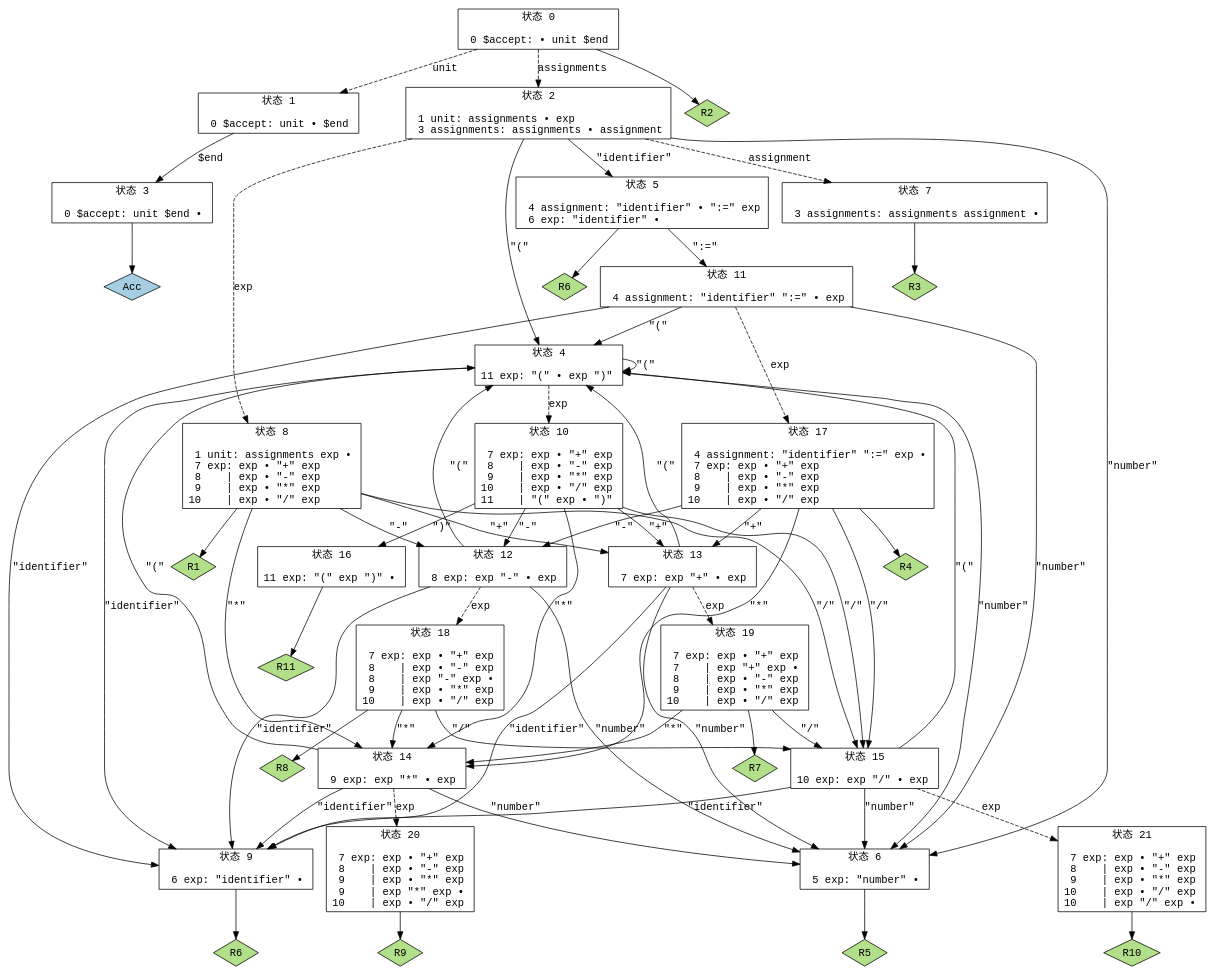
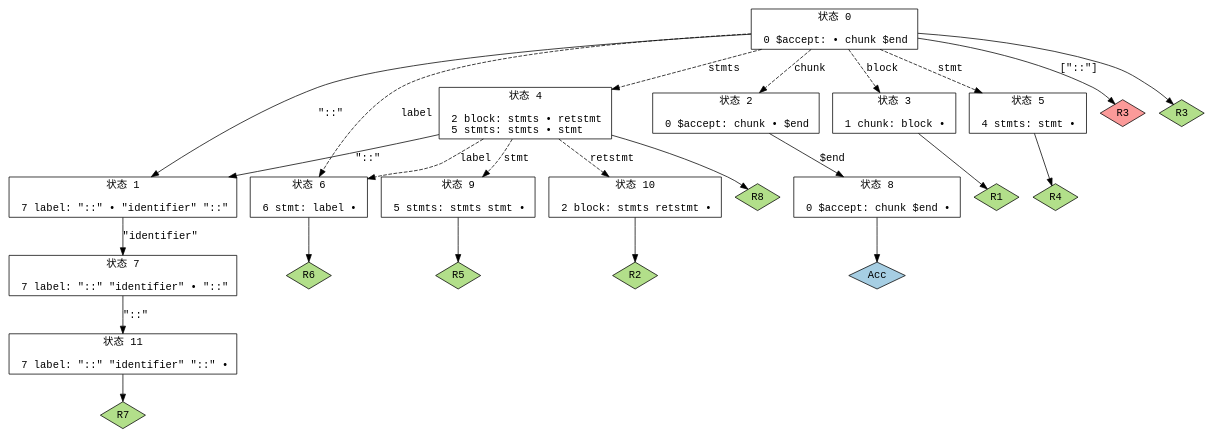
The diagram in src/bison/parser.gv (esrrhs/fakelua), drawn with Graphviz before and after one commit. The commit also changed 16 other files, not shown here.

```diff
--- a/src/bison/parser.gv
+++ b/src/bison/parser.gv
@@ -1,108 +1,55 @@
 // 由 GNU Bison 3.8 生成。
 // 向 <bug-bison@gnu.org> 报告问题。
 // 主页：<https://www.gnu.org/software/bison/>。
 
 digraph "parser.y"
 {
   node [fontname = courier, shape = box, colorscheme = paired6]
   edge [fontname = courier]
 
-  0 [label="状态 0\n\l  0 $accept: • unit $end\l"]
-  0 -> 1 [style=dashed label="unit"]
-  0 -> 2 [style=dashed label="assignments"]
-  0 -> "0R2" [style=solid]
- "0R2" [label="R2", fillcolor=3, shape=diamond, style=filled]
-  1 [label="状态 1\n\l  0 $accept: unit • $end\l"]
-  1 -> 3 [style=solid label="$end"]
-  2 [label="状态 2\n\l  1 unit: assignments • exp\l  3 assignments: assignments • assignment\l"]
-  2 -> 4 [style=solid label="\"(\""]
-  2 -> 5 [style=solid label="\"identifier\""]
-  2 -> 6 [style=solid label="\"number\""]
-  2 -> 7 [style=dashed label="assignment"]
-  2 -> 8 [style=dashed label="exp"]
-  3 [label="状态 3\n\l  0 $accept: unit $end •\l"]
-  3 -> "3R0" [style=solid]
- "3R0" [label="Acc", fillcolor=1, shape=diamond, style=filled]
-  4 [label="状态 4\n\l 11 exp: \"(\" • exp \")\"\l"]
-  4 -> 4 [style=solid label="\"(\""]
-  4 -> 9 [style=solid label="\"identifier\""]
-  4 -> 6 [style=solid label="\"number\""]
-  4 -> 10 [style=dashed label="exp"]
-  5 [label="状态 5\n\l  4 assignment: \"identifier\" • \":=\" exp\l  6 exp: \"identifier\" •\l"]
-  5 -> 11 [style=solid label="\":=\""]
-  5 -> "5R6" [style=solid]
- "5R6" [label="R6", fillcolor=3, shape=diamond, style=filled]
-  6 [label="状态 6\n\l  5 exp: \"number\" •\l"]
-  6 -> "6R5" [style=solid]
- "6R5" [label="R5", fillcolor=3, shape=diamond, style=filled]
-  7 [label="状态 7\n\l  3 assignments: assignments assignment •\l"]
-  7 -> "7R3" [style=solid]
- "7R3" [label="R3", fillcolor=3, shape=diamond, style=filled]
-  8 [label="状态 8\n\l  1 unit: assignments exp •\l  7 exp: exp • \"+\" exp\l  8    | exp • \"-\" exp\l  9    | exp • \"*\" exp\l 10    | exp • \"/\" exp\l"]
-  8 -> 12 [style=solid label="\"-\""]
-  8 -> 13 [style=solid label="\"+\""]
-  8 -> 14 [style=solid label="\"*\""]
-  8 -> 15 [style=solid label="\"/\""]
-  8 -> "8R1" [style=solid]
- "8R1" [label="R1", fillcolor=3, shape=diamond, style=filled]
-  9 [label="状态 9\n\l  6 exp: \"identifier\" •\l"]
-  9 -> "9R6" [style=solid]
- "9R6" [label="R6", fillcolor=3, shape=diamond, style=filled]
-  10 [label="状态 10\n\l  7 exp: exp • \"+\" exp\l  8    | exp • \"-\" exp\l  9    | exp • \"*\" exp\l 10    | exp • \"/\" exp\l 11    | \"(\" exp • \")\"\l"]
-  10 -> 12 [style=solid label="\"-\""]
-  10 -> 13 [style=solid label="\"+\""]
-  10 -> 14 [style=solid label="\"*\""]
-  10 -> 15 [style=solid label="\"/\""]
-  10 -> 16 [style=solid label="\")\""]
-  11 [label="状态 11\n\l  4 assignment: \"identifier\" \":=\" • exp\l"]
-  11 -> 4 [style=solid label="\"(\""]
-  11 -> 9 [style=solid label="\"identifier\""]
-  11 -> 6 [style=solid label="\"number\""]
-  11 -> 17 [style=dashed label="exp"]
-  12 [label="状态 12\n\l  8 exp: exp \"-\" • exp\l"]
-  12 -> 4 [style=solid label="\"(\""]
-  12 -> 9 [style=solid label="\"identifier\""]
-  12 -> 6 [style=solid label="\"number\""]
-  12 -> 18 [style=dashed label="exp"]
-  13 [label="状态 13\n\l  7 exp: exp \"+\" • exp\l"]
-  13 -> 4 [style=solid label="\"(\""]
-  13 -> 9 [style=solid label="\"identifier\""]
-  13 -> 6 [style=solid label="\"number\""]
-  13 -> 19 [style=dashed label="exp"]
-  14 [label="状态 14\n\l  9 exp: exp \"*\" • exp\l"]
-  14 -> 4 [style=solid label="\"(\""]
-  14 -> 9 [style=solid label="\"identifier\""]
-  14 -> 6 [style=solid label="\"number\""]
-  14 -> 20 [style=dashed label="exp"]
-  15 [label="状态 15\n\l 10 exp: exp \"/\" • exp\l"]
-  15 -> 4 [style=solid label="\"(\""]
-  15 -> 9 [style=solid label="\"identifier\""]
-  15 -> 6 [style=solid label="\"number\""]
-  15 -> 21 [style=dashed label="exp"]
-  16 [label="状态 16\n\l 11 exp: \"(\" exp \")\" •\l"]
-  16 -> "16R11" [style=solid]
- "16R11" [label="R11", fillcolor=3, shape=diamond, style=filled]
-  17 [label="状态 17\n\l  4 assignment: \"identifier\" \":=\" exp •\l  7 exp: exp • \"+\" exp\l  8    | exp • \"-\" exp\l  9    | exp • \"*\" exp\l 10    | exp • \"/\" exp\l"]
-  17 -> 12 [style=solid label="\"-\""]
-  17 -> 13 [style=solid label="\"+\""]
-  17 -> 14 [style=solid label="\"*\""]
-  17 -> 15 [style=solid label="\"/\""]
-  17 -> "17R4" [style=solid]
- "17R4" [label="R4", fillcolor=3, shape=diamond, style=filled]
-  18 [label="状态 18\n\l  7 exp: exp • \"+\" exp\l  8    | exp • \"-\" exp\l  8    | exp \"-\" exp •\l  9    | exp • \"*\" exp\l 10    | exp • \"/\" exp\l"]
-  18 -> 14 [style=solid label="\"*\""]
-  18 -> 15 [style=solid label="\"/\""]
-  18 -> "18R8" [style=solid]
- "18R8" [label="R8", fillcolor=3, shape=diamond, style=filled]
-  19 [label="状态 19\n\l  7 exp: exp • \"+\" exp\l  7    | exp \"+\" exp •\l  8    | exp • \"-\" exp\l  9    | exp • \"*\" exp\l 10    | exp • \"/\" exp\l"]
-  19 -> 14 [style=solid label="\"*\""]
-  19 -> 15 [style=solid label="\"/\""]
-  19 -> "19R7" [style=solid]
- "19R7" [label="R7", fillcolor=3, shape=diamond, style=filled]
-  20 [label="状态 20\n\l  7 exp: exp • \"+\" exp\l  8    | exp • \"-\" exp\l  9    | exp • \"*\" exp\l  9    | exp \"*\" exp •\l 10    | exp • \"/\" exp\l"]
-  20 -> "20R9" [style=solid]
- "20R9" [label="R9", fillcolor=3, shape=diamond, style=filled]
-  21 [label="状态 21\n\l  7 exp: exp • \"+\" exp\l  8    | exp • \"-\" exp\l  9    | exp • \"*\" exp\l 10    | exp • \"/\" exp\l 10    | exp \"/\" exp •\l"]
-  21 -> "21R10" [style=solid]
- "21R10" [label="R10", fillcolor=3, shape=diamond, style=filled]
+  0 [label="状态 0\n\l  0 $accept: • chunk $end\l"]
+  0 -> 1 [style=solid label="\"::\""]
+  0 -> 2 [style=dashed label="chunk"]
+  0 -> 3 [style=dashed label="block"]
+  0 -> 4 [style=dashed label="stmts"]
+  0 -> 5 [style=dashed label="stmt"]
+  0 -> 6 [style=dashed label="label"]
+  0 -> "0R3d" [label="[\"::\"]", style=solid]
+ "0R3d" [label="R3", fillcolor=5, shape=diamond, style=filled]
+  0 -> "0R3" [style=solid]
+ "0R3" [label="R3", fillcolor=3, shape=diamond, style=filled]
+  1 [label="状态 1\n\l  7 label: \"::\" • \"identifier\" \"::\"\l"]
+  1 -> 7 [style=solid label="\"identifier\""]
+  2 [label="状态 2\n\l  0 $accept: chunk • $end\l"]
+  2 -> 8 [style=solid label="$end"]
+  3 [label="状态 3\n\l  1 chunk: block •\l"]
+  3 -> "3R1" [style=solid]
+ "3R1" [label="R1", fillcolor=3, shape=diamond, style=filled]
+  4 [label="状态 4\n\l  2 block: stmts • retstmt\l  5 stmts: stmts • stmt\l"]
+  4 -> 1 [style=solid label="\"::\""]
+  4 -> 9 [style=dashed label="stmt"]
+  4 -> 6 [style=dashed label="label"]
+  4 -> 10 [style=dashed label="retstmt"]
+  4 -> "4R8" [style=solid]
+ "4R8" [label="R8", fillcolor=3, shape=diamond, style=filled]
+  5 [label="状态 5\n\l  4 stmts: stmt •\l"]
+  5 -> "5R4" [style=solid]
+ "5R4" [label="R4", fillcolor=3, shape=diamond, style=filled]
+  6 [label="状态 6\n\l  6 stmt: label •\l"]
+  6 -> "6R6" [style=solid]
+ "6R6" [label="R6", fillcolor=3, shape=diamond, style=filled]
+  7 [label="状态 7\n\l  7 label: \"::\" \"identifier\" • \"::\"\l"]
+  7 -> 11 [style=solid label="\"::\""]
+  8 [label="状态 8\n\l  0 $accept: chunk $end •\l"]
+  8 -> "8R0" [style=solid]
+ "8R0" [label="Acc", fillcolor=1, shape=diamond, style=filled]
+  9 [label="状态 9\n\l  5 stmts: stmts stmt •\l"]
+  9 -> "9R5" [style=solid]
+ "9R5" [label="R5", fillcolor=3, shape=diamond, style=filled]
+  10 [label="状态 10\n\l  2 block: stmts retstmt •\l"]
+  10 -> "10R2" [style=solid]
+ "10R2" [label="R2", fillcolor=3, shape=diamond, style=filled]
+  11 [label="状态 11\n\l  7 label: \"::\" \"identifier\" \"::\" •\l"]
+  11 -> "11R7" [style=solid]
+ "11R7" [label="R7", fillcolor=3, shape=diamond, style=filled]
 }
```
